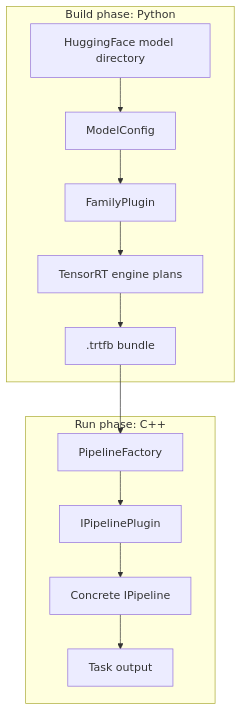
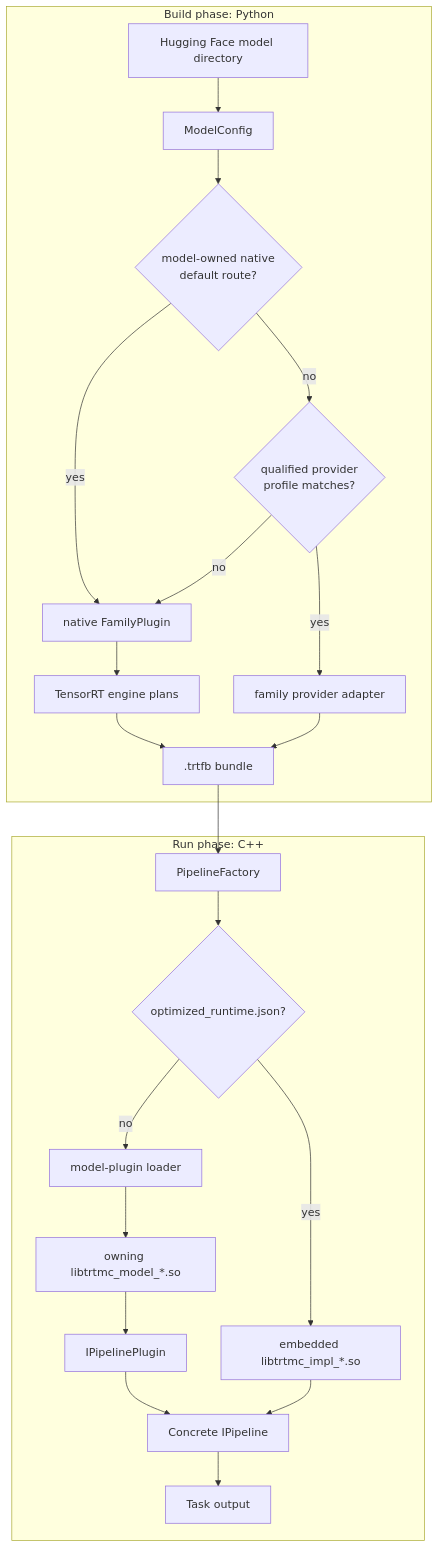
One commit to AbishekCoder1/TensorRT-Model-Connect changed the second of 2 diagrams in website/docs/intro.md. Above: the diagram before and after it, drawn with Mermaid. The commit also changed other lines of this file and 83 other files, not shown here.

````diff
--- a/website/docs/intro.md
+++ b/website/docs/intro.md
@@ -61,16 +62,26 @@
 ```mermaid
 flowchart TB
   subgraph Build["Build phase: Python"]
-    HF["HuggingFace model directory"] --> Config["ModelConfig"]
-    Config --> Family["FamilyPlugin"]
+    HF["Hugging Face model directory"] --> Config["ModelConfig"]
+    Config --> NativeDefault{"model-owned native<br/>default route?"}
+    NativeDefault -->|yes| Family["native FamilyPlugin"]
+    NativeDefault -->|no| Route{"qualified provider<br/>profile matches?"}
+    Route -->|no| Family
     Family --> TRT["TensorRT engine plans"]
-    TRT --> Bundle[".trtfb bundle"]
+    Route -->|yes| Provider["family provider adapter"]
+    Provider --> Bundle[".trtfb bundle"]
+    TRT --> Bundle
   end
 
   subgraph Run["Run phase: C++"]
     Bundle --> Factory["PipelineFactory"]
-    Factory --> Plugin["IPipelinePlugin"]
+    Factory --> Kind{"optimized_runtime.json?"}
+    Kind -->|no| Loader["model-plugin loader"]
+    Loader --> DSO["owning libtrtmc_model_*.so"]
+    DSO --> Plugin["IPipelinePlugin"]
+    Kind -->|yes| Optimized["embedded libtrtmc_impl_*.so"]
     Plugin --> Runtime["Concrete IPipeline"]
+    Optimized --> Runtime
     Runtime --> Output["Task output"]
   end
 ```
````
